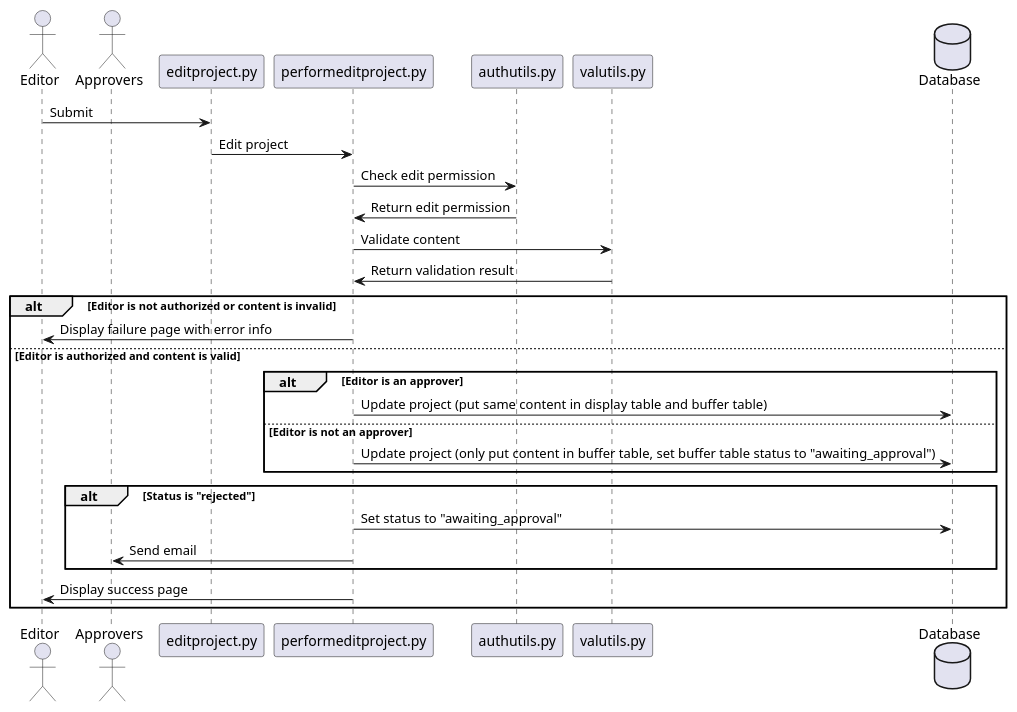
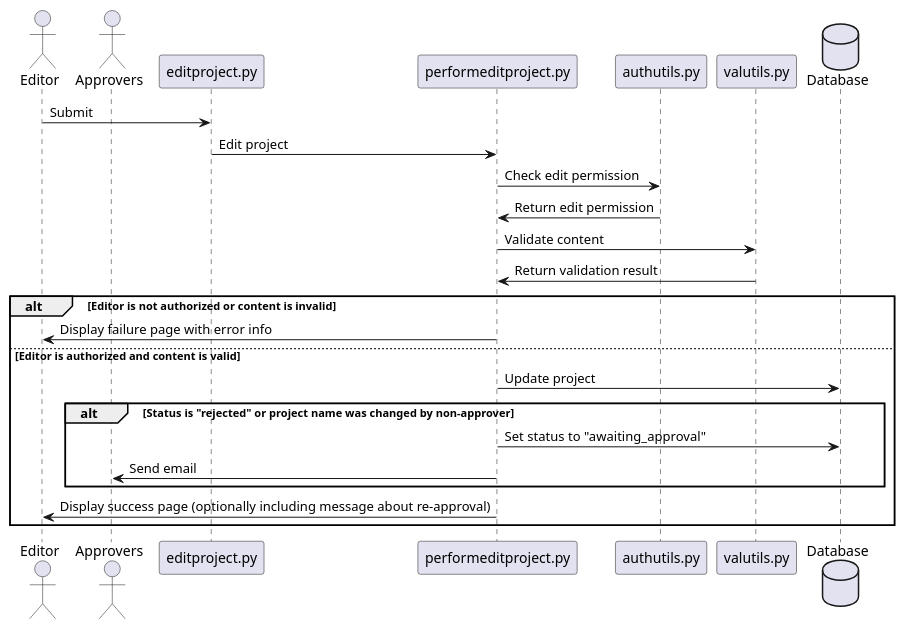
The diagram in documentation/editproject.puml (sipb/project-database), drawn with PlantUML before and after one commit. The commit also changed 2 other files, not shown here.

Commit message:
Update diagrams for simplified edit approval handling.

```diff
--- a/documentation/editproject.puml
+++ b/documentation/editproject.puml
@@ -1,44 +1,36 @@
 @startuml
 actor Editor
 actor Approvers
 participant editproject.py
 participant performeditproject.py
 participant authutils.py
 participant valutils.py
 database Database
 
 Editor -> editproject.py : Submit
 editproject.py -> performeditproject.py : Edit project
 performeditproject.py -> authutils.py : Check edit permission
 authutils.py -> performeditproject.py : Return edit permission
 performeditproject.py -> valutils.py : Validate content
 valutils.py -> performeditproject.py : Return validation result
 
 alt Editor is not authorized or content is invalid
 
     performeditproject.py -> Editor : Display failure page with error info
 
 else Editor is authorized and content is valid
 
-    alt Editor is an approver
+    performeditproject.py -> Database : Update project
 
-        performeditproject.py -> Database : Update project (put same content in display table and buffer table)
-
-    else Editor is not an approver
-
-        performeditproject.py -> Database : Update project (only put content in buffer table, set buffer table status to "awaiting_approval")
-
-    end
-
-    alt Status is "rejected"
+    alt Status is "rejected" or project name was changed by non-approver
         
         performeditproject.py -> Database : Set status to "awaiting_approval"
         performeditproject.py -> Approvers : Send email
 
     end
 
-    performeditproject.py -> Editor : Display success page
+    performeditproject.py -> Editor : Display success page (optionally including message about re-approval)
 
 end
 
 @enduml
```
